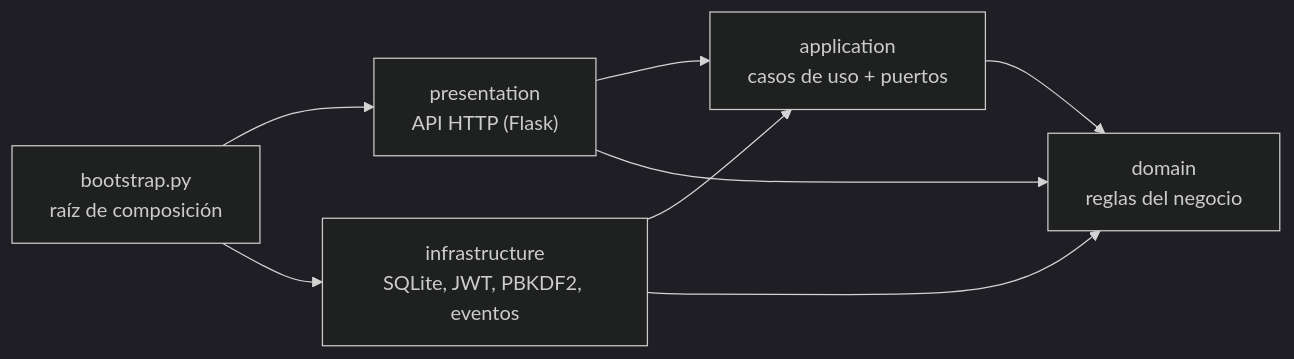
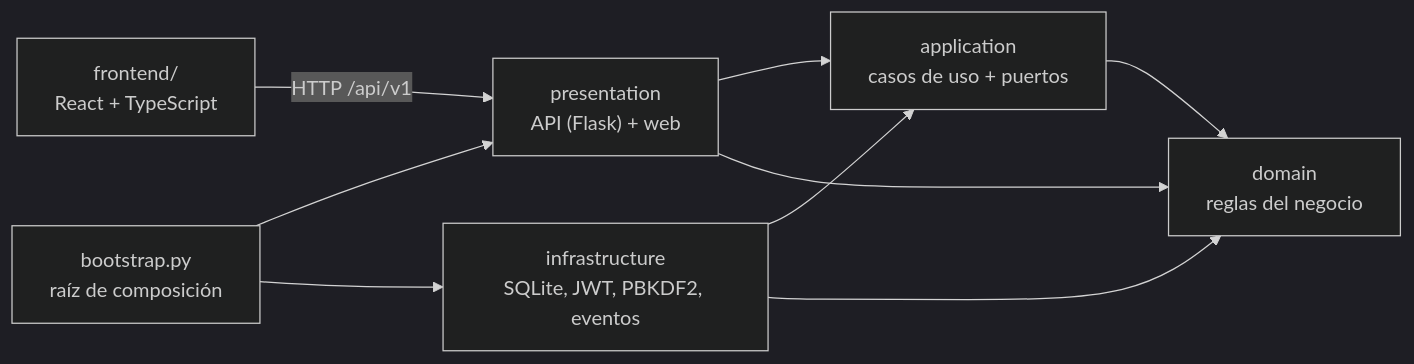
The diagram in README.md (santyxswc/SistemaPOS), drawn with Mermaid (dark theme) before and after one commit. The commit also changed other lines of this file, not shown here.

````diff
--- a/README.md
+++ b/README.md
@@ -11,10 +62,11 @@
 ```mermaid
 flowchart LR
-    P["presentation<br/>API HTTP (Flask)"] --> A["application<br/>casos de uso + puertos"]
+    W["frontend/<br/>React + TypeScript"] -- "HTTP /api/v1" --> P
+    P["presentation<br/>API (Flask) + web"] --> A["application<br/>casos de uso + puertos"]
     I["infrastructure<br/>SQLite, JWT, PBKDF2, eventos"] --> A
     A --> D["domain<br/>reglas del negocio"]
     I --> D
     P --> D
     B["bootstrap.py<br/>raíz de composición"] --> P
     B --> I
 ```
````
